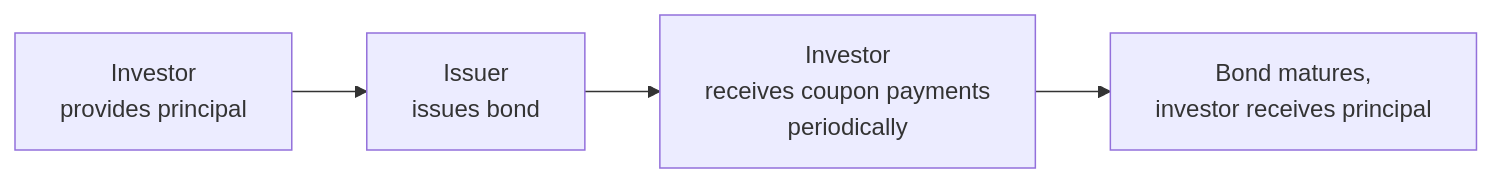
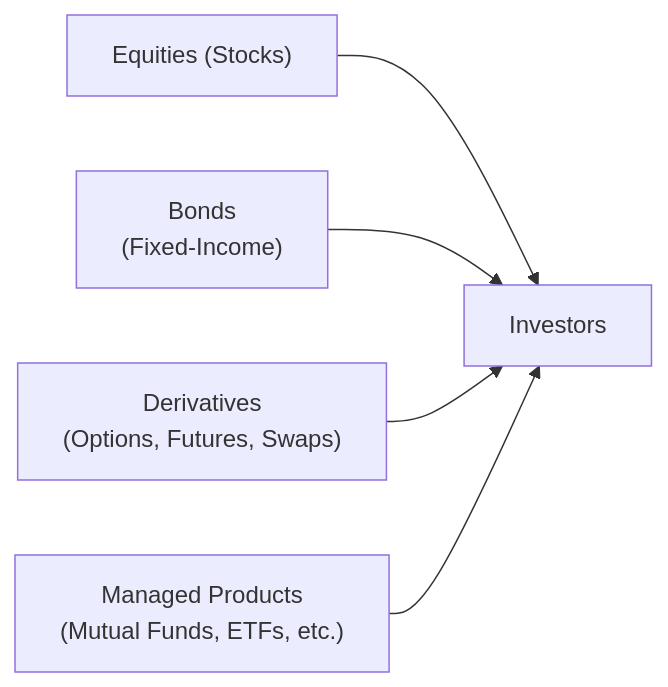
Before and after one commit to MasteryEducation/SecuritiesExamsMastery.ca: the diagram in content/ifc/7/1/index.md, drawn with Mermaid. The commit also changed other lines of this file and 130 other files, not shown here.

````diff
--- a/content/ifc/7/1/index.md
+++ b/content/ifc/7/1/index.md
@@ -106,6 +60,7 @@
 ```mermaid
 flowchart LR
-    A["Investor <br/> provides principal"] --> B["Issuer <br/> issues bond"]
-    B --> C["Investor <br/> receives coupon payments <br/> periodically"]
-    C --> D["Bond matures, <br/> investor receives principal"]
+    A["Equities (Stocks)"] --> E["Investors"]
+    B["Bonds <br/> (Fixed-Income)"] --> E["Investors"]
+    C["Derivatives <br/> (Options, Futures, Swaps)"] --> E["Investors"]
+    D["Managed Products <br/> (Mutual Funds, ETFs, etc.)"] --> E["Investors"]
 ```
````
